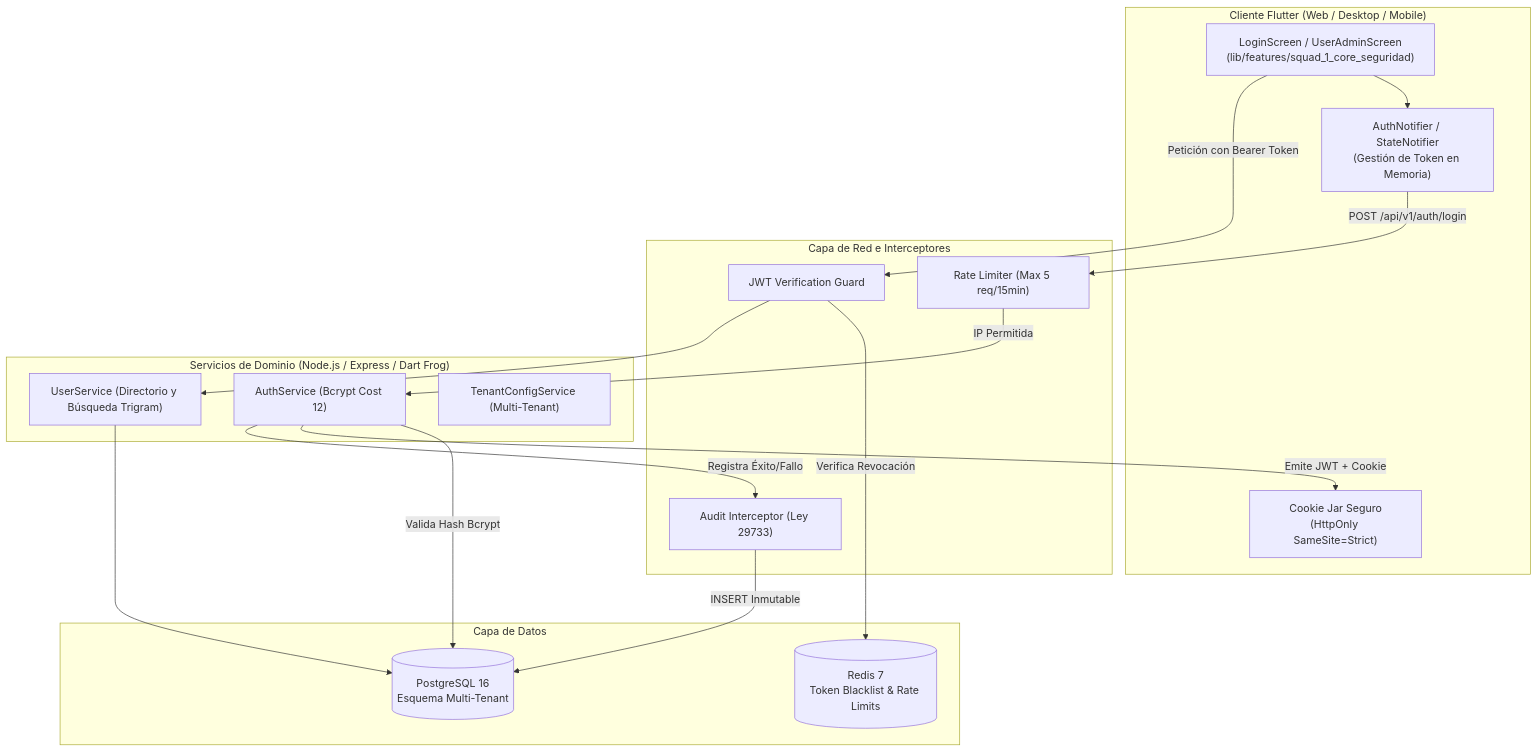
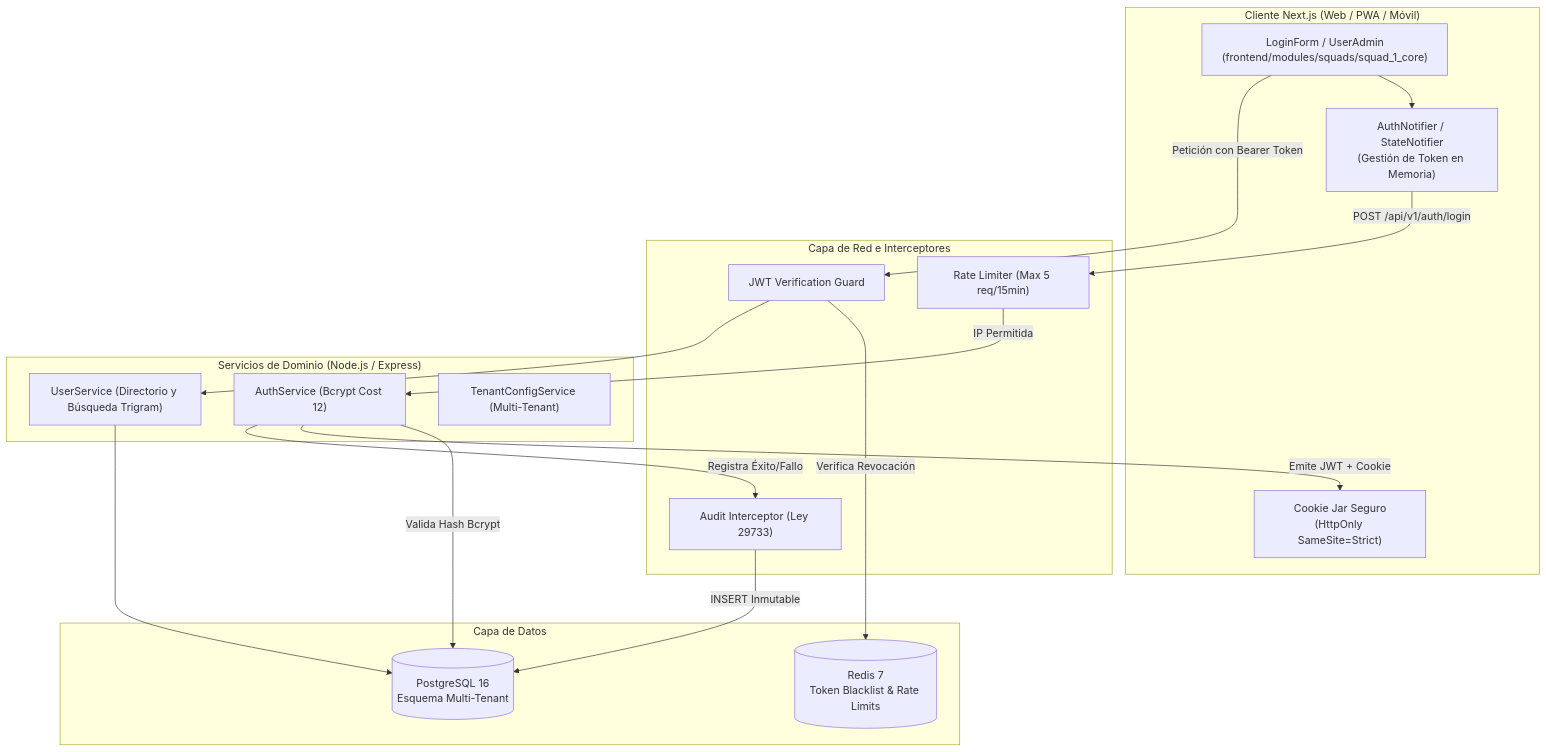
One commit to Eduardo-Sebastian-Paipay-Vega/school-management-system changed the first of 2 diagrams in D - Base 1 - 01092026/Fase 2/Arquitectura/Squad 1 - Core y Seguridad/sdd_squad_1.md. Above: the diagram before and after it, drawn with Mermaid. The commit also changed other lines of this file and 38 other files, not shown here.

````diff
--- a/D - Base 1 - 01092026/Fase 2/Arquitectura/Squad 1 - Core y Seguridad/sdd_squad_1.md
+++ b/D - Base 1 - 01092026/Fase 2/Arquitectura/Squad 1 - Core y Seguridad/sdd_squad_1.md
@@ -47,38 +47,38 @@
 ```mermaid
 flowchart TD
-    subgraph Cliente["Cliente Flutter (Web / Desktop / Mobile)"]
-        UI["LoginScreen / UserAdminScreen<br/>(lib/features/squad_1_core_seguridad)"]
+    subgraph Cliente["Cliente Next.js (Web / PWA / Móvil)"]
+        UI["LoginForm / UserAdmin<br/>(frontend/modules/squads/squad_1_core)"]
         AuthNotifier["AuthNotifier / StateNotifier<br/>(Gestión de Token en Memoria)"]
         SecureCookie["Cookie Jar Seguro<br/>(HttpOnly SameSite=Strict)"]
     end
 
     subgraph Gateway["Capa de Red e Interceptores"]
         RateLimiter["Rate Limiter (Max 5 req/15min)"]
         AuthMiddleware["JWT Verification Guard"]
         AuditInterceptor["Audit Interceptor (Ley 29733)"]
     end
 
-    subgraph Backend["Servicios de Dominio (Node.js / Express / Dart Frog)"]
+    subgraph Backend["Servicios de Dominio (Node.js / Express)"]
         AuthService["AuthService (Bcrypt Cost 12)"]
         UserService["UserService (Directorio y Búsqueda Trigram)"]
         TenantService["TenantConfigService (Multi-Tenant)"]
     end
 
     subgraph Persistencia["Capa de Datos"]
         RedisDB[("Redis 7<br/>Token Blacklist & Rate Limits")]
         PostgresDB[("PostgreSQL 16<br/>Esquema Multi-Tenant")]
     end
 
     UI --> AuthNotifier
     AuthNotifier -->|POST /api/v1/auth/login| RateLimiter
     RateLimiter -->|IP Permitida| AuthService
     AuthService -->|Valida Hash Bcrypt| PostgresDB
     AuthService -->|Emite JWT + Cookie| SecureCookie
     AuthService -->|Registra Éxito/Fallo| AuditInterceptor
     AuditInterceptor -->|INSERT Inmutable| PostgresDB
     
     UI -->|Petición con Bearer Token| AuthMiddleware
     AuthMiddleware -->|Verifica Revocación| RedisDB
     AuthMiddleware --> UserService
     UserService --> PostgresDB
 ```
````
